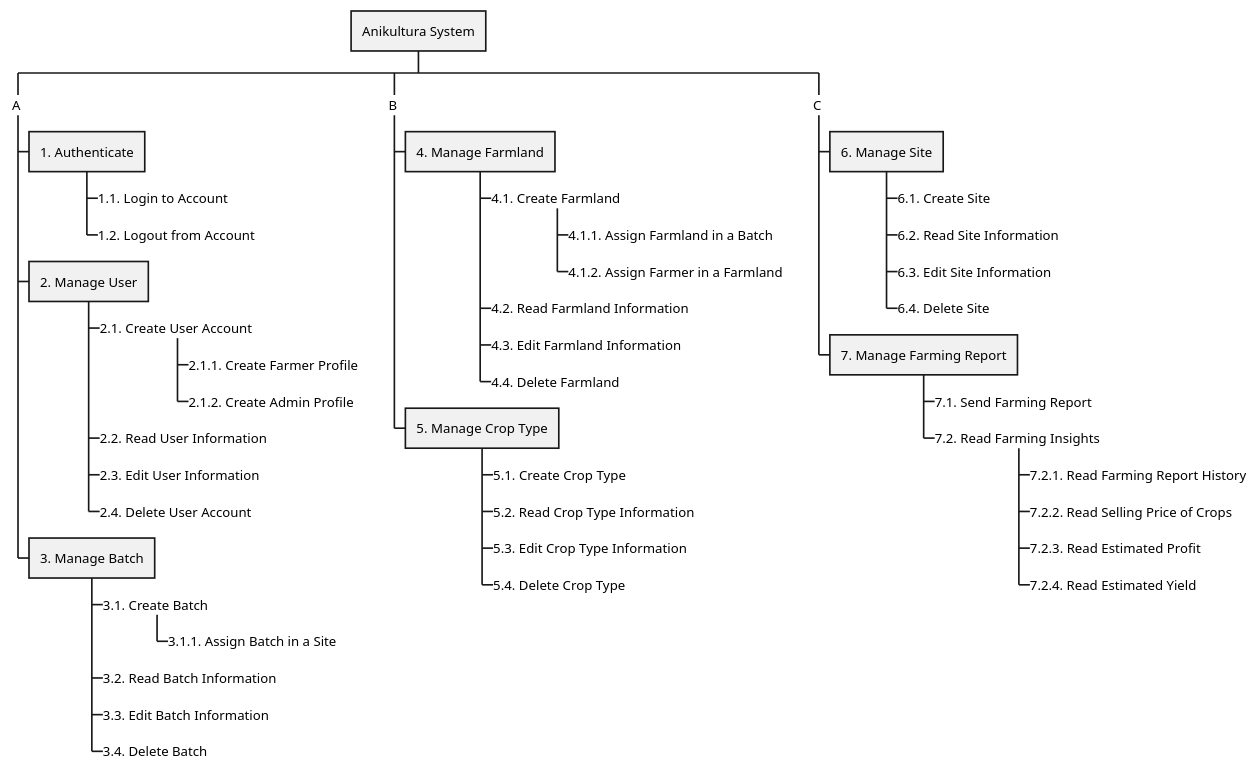
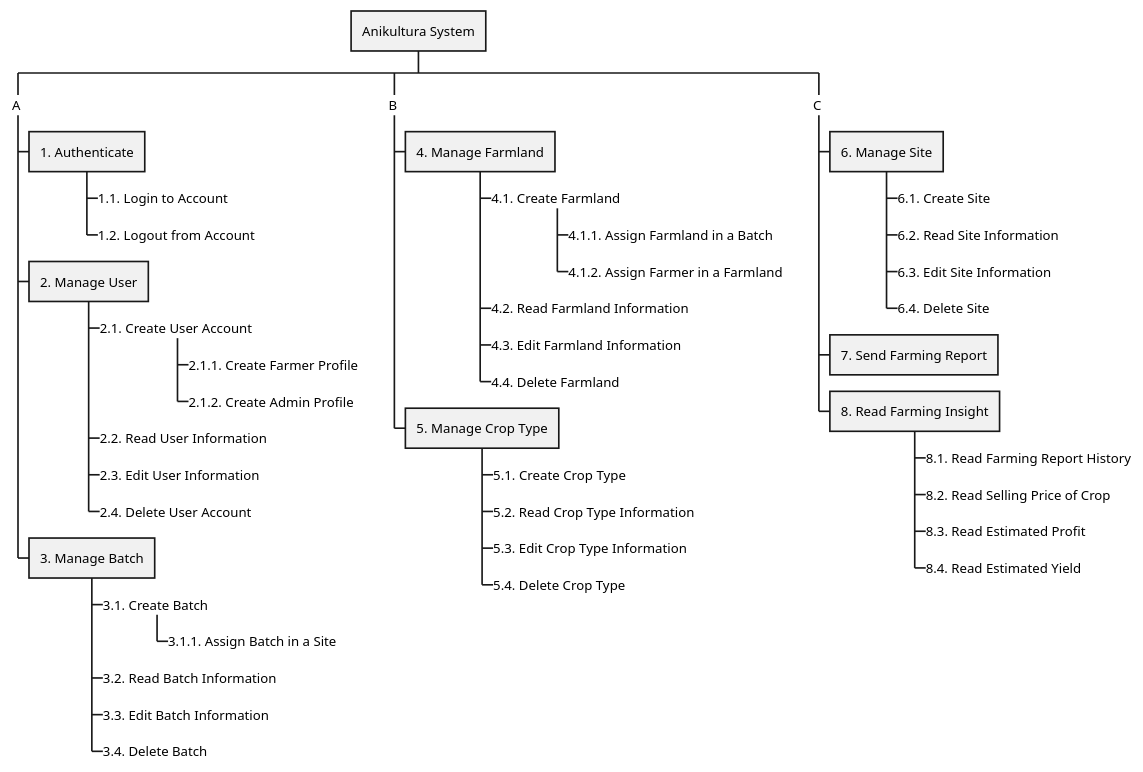
Before and after one commit to radical-doubting/anikultura-diagrams: the diagram in plantuml/proposed/fdd.wsd, drawn with PlantUML. The commit also changed 2 other files, not shown here.

Commit message:
Revised FDD and updated Use Case Diagram

```diff
--- a/plantuml/proposed/fdd.wsd
+++ b/plantuml/proposed/fdd.wsd
@@ -1,58 +1,58 @@
 @startwbs
 
 * Anikultura System
 
 **_ A
 
 *** 1. Authenticate
 ****_ 1.1. Login to Account
 ****_ 1.2. Logout from Account
 
 *** 2. Manage User
 ****_ 2.1. Create User Account
 *****_ 2.1.1. Create Farmer Profile
 *****_ 2.1.2. Create Admin Profile
 ****_ 2.2. Read User Information
 ****_ 2.3. Edit User Information
 ****_ 2.4. Delete User Account
 
 *** 3. Manage Batch
 ****_ 3.1. Create Batch
 *****_ 3.1.1. Assign Batch in a Site
 ****_ 3.2. Read Batch Information
 ****_ 3.3. Edit Batch Information
 ****_ 3.4. Delete Batch
 
 **_ B
     
 *** 4. Manage Farmland
 ****_ 4.1. Create Farmland
 *****_ 4.1.1. Assign Farmland in a Batch
 *****_ 4.1.2. Assign Farmer in a Farmland
 ****_ 4.2. Read Farmland Information
 ****_ 4.3. Edit Farmland Information
 ****_ 4.4. Delete Farmland
 
 *** 5. Manage Crop Type
 ****_ 5.1. Create Crop Type
 ****_ 5.2. Read Crop Type Information
 ****_ 5.3. Edit Crop Type Information
 ****_ 5.4. Delete Crop Type
 
 **_ C
 
 *** 6. Manage Site
 ****_ 6.1. Create Site
 ****_ 6.2. Read Site Information
 ****_ 6.3. Edit Site Information
 ****_ 6.4. Delete Site
 
-*** 7. Manage Farming Report
-****_ 7.1. Send Farming Report
-****_ 7.2. Read Farming Insights
-*****_ 7.2.1. Read Farming Report History
-*****_ 7.2.2. Read Selling Price of Crops
-*****_ 7.2.3. Read Estimated Profit
-*****_ 7.2.4. Read Estimated Yield
+*** 7. Send Farming Report
+
+*** 8. Read Farming Insight
+****_ 8.1. Read Farming Report History
+****_ 8.2. Read Selling Price of Crop
+****_ 8.3. Read Estimated Profit
+****_ 8.4. Read Estimated Yield
 
 @endwbs
```
